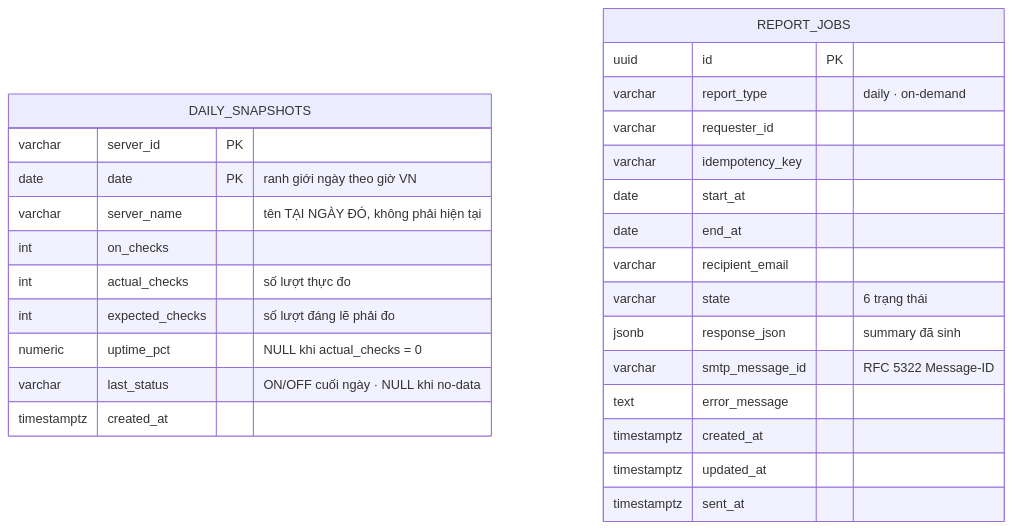
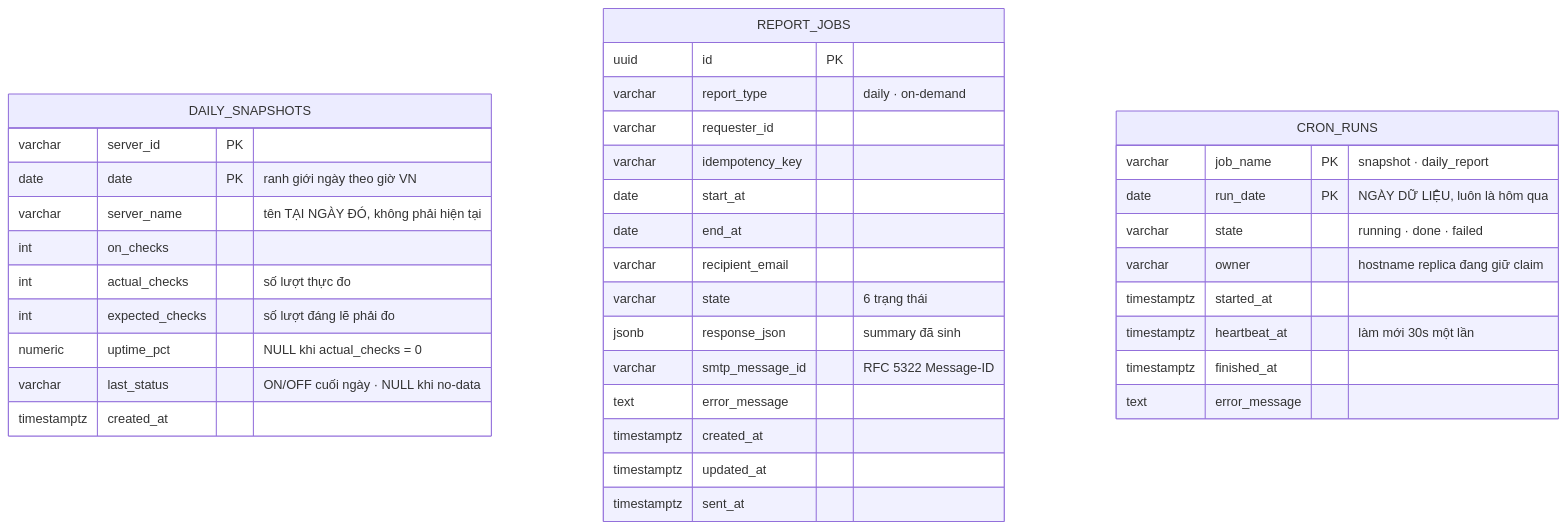
One commit to dwchwang/sms_microservice changed the fifth of 10 diagrams in .claude/diagrams/erd-diagram.md. Above: the diagram before and after it, drawn with Mermaid. The commit also changed other lines of this file and 24 other files, not shown here.

````diff
--- a/.claude/diagrams/erd-diagram.md
+++ b/.claude/diagrams/erd-diagram.md
@@ -153,31 +156,42 @@
 ```mermaid
 erDiagram
     DAILY_SNAPSHOTS {
         varchar server_id PK
         date date PK "ranh giới ngày theo giờ VN"
         varchar server_name "tên TẠI NGÀY ĐÓ, không phải hiện tại"
         int on_checks
         int actual_checks "số lượt thực đo"
         int expected_checks "số lượt đáng lẽ phải đo"
         numeric uptime_pct "NULL khi actual_checks = 0"
         varchar last_status "ON/OFF cuối ngày · NULL khi no-data"
         timestamptz created_at
     }
 
     REPORT_JOBS {
         uuid id PK
         varchar report_type "daily · on-demand"
         varchar requester_id
         varchar idempotency_key
         date start_at
         date end_at
         varchar recipient_email
         varchar state "6 trạng thái"
         jsonb response_json "summary đã sinh"
         varchar smtp_message_id "RFC 5322 Message-ID"
         text error_message
         timestamptz created_at
         timestamptz updated_at
         timestamptz sent_at
     }
+
+    CRON_RUNS {
+        varchar job_name PK "snapshot · daily_report"
+        date run_date PK "NGÀY DỮ LIỆU, luôn là hôm qua"
+        varchar state "running · done · failed"
+        varchar owner "hostname replica đang giữ claim"
+        timestamptz started_at
+        timestamptz heartbeat_at "làm mới 30s một lần"
+        timestamptz finished_at
+        text error_message
+    }
 ```
````
